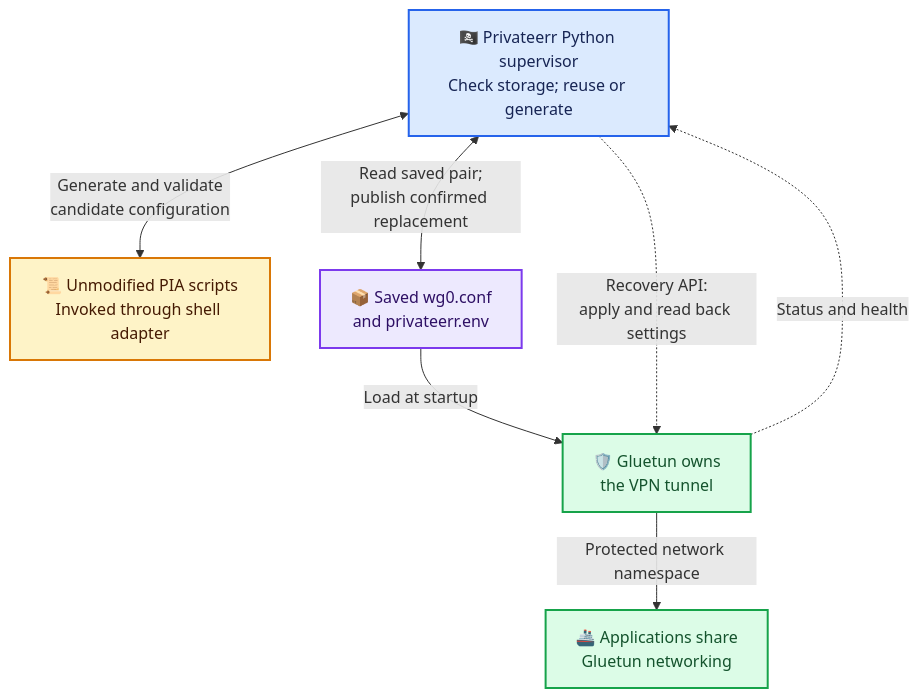
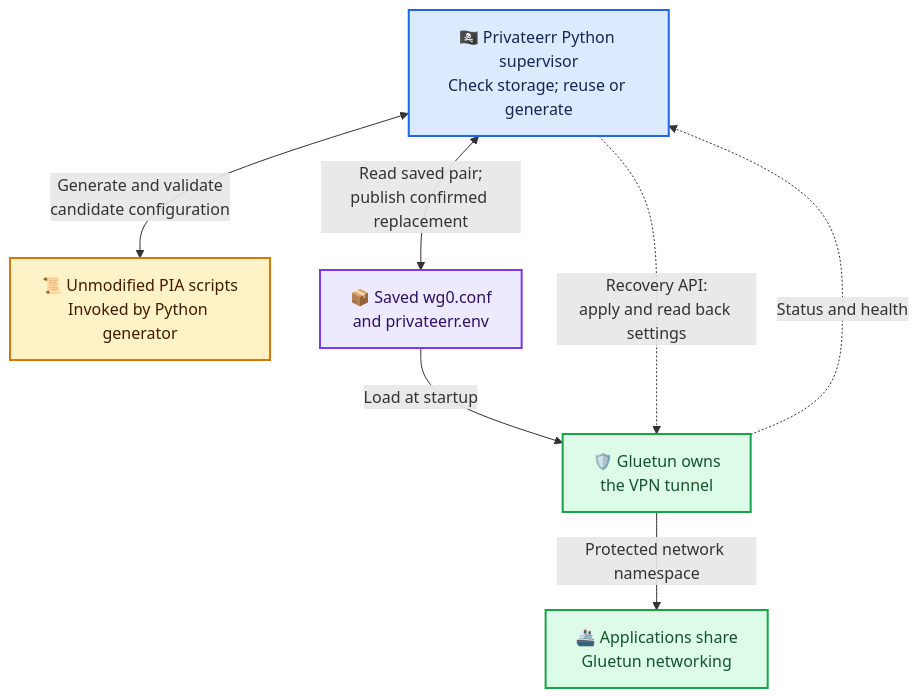
The diagram in README.md (scottgigawatt/privateerr), drawn with Mermaid before and after one commit. The commit also changed 31 other files, not shown here.

````diff
--- a/README.md
+++ b/README.md
@@ -199,28 +199,28 @@
 ```mermaid
 flowchart TB
   accTitle: Privateerr startup and automatic recovery
   accDescr: Inside Privateerr, a Python supervisor checks storage and reuses or generates configuration through unmodified PIA scripts. Gluetun loads the saved files at startup. With recovery enabled, the supervisor monitors Gluetun status and health, generates a candidate after a sustained outage, applies it through the authenticated API, and saves it only after confirmation. Applications retain Gluetun's network namespace.
 
   Supervisor["🏴‍☠️ Privateerr Python supervisor<br/>Check storage; reuse or generate"]
-  PIA["📜 Unmodified PIA scripts<br/>Invoked through shell adapter"]
+  PIA["📜 Unmodified PIA scripts<br/>Invoked by Python generator"]
   Files["📦 Saved wg0.conf<br/>and privateerr.env"]
   Gluetun["🛡️ Gluetun owns<br/>the VPN tunnel"]
   Services["🚢 Applications share<br/>Gluetun networking"]
 
   Supervisor <-->|"Generate and validate<br/>candidate configuration"| PIA
   Supervisor <-->|"Read saved pair;<br/>publish confirmed replacement"| Files
   Files -->|"Load at startup"| Gluetun
   Gluetun -.->|"Status and health"| Supervisor
   Supervisor -.->|"Recovery API:<br/>apply and read back settings"| Gluetun
   Gluetun -->|"Protected network namespace"| Services
 
   classDef upstream fill:#fef3c7,stroke:#d97706,color:#451a03,stroke-width:2px
   classDef generation fill:#dbeafe,stroke:#2563eb,color:#172554,stroke-width:2px
   classDef handoff fill:#ede9fe,stroke:#7c3aed,color:#2e1065,stroke-width:2px
   classDef connected fill:#dcfce7,stroke:#16a34a,color:#14532d,stroke-width:2px
 
   class PIA upstream
   class Supervisor generation
   class Files handoff
   class Gluetun,Services connected
 ```
````
